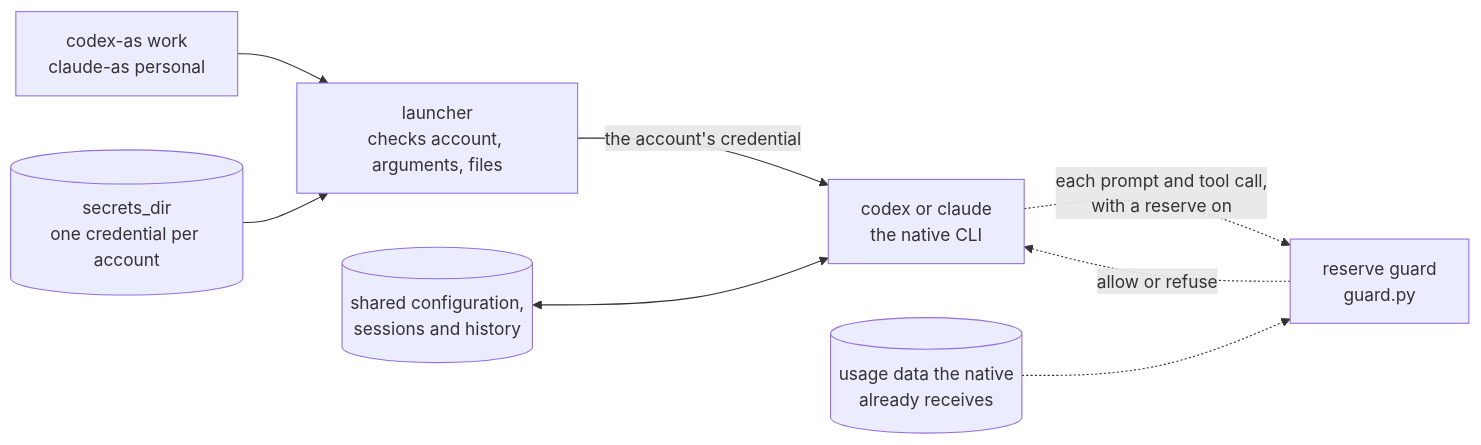
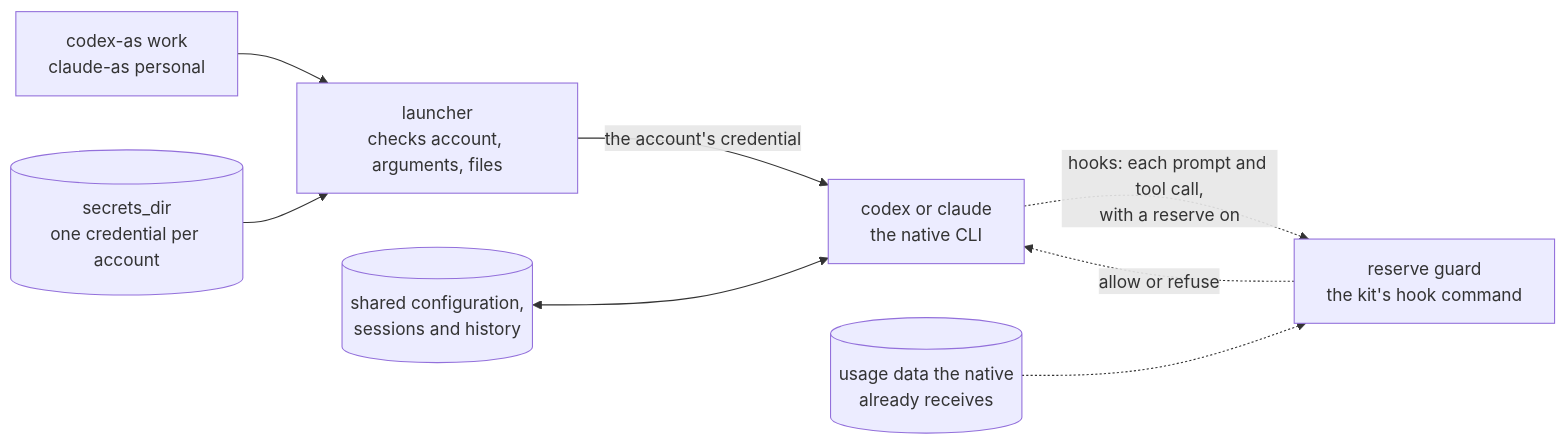
The diagram in README.md (FridrichMethod/coding-agent-kit), drawn with Mermaid before and after one commit. The commit also changed other lines of this file, not shown here.

````diff
--- a/README.md
+++ b/README.md
@@ -50,10 +49,10 @@
 ```mermaid
 flowchart LR
     cmd["codex-as work<br/>claude-as personal"] --> launcher["launcher<br/>checks account, arguments, files"]
     secrets[("secrets_dir<br/>one credential per account")] --> launcher
     launcher -->|"the account's credential"| native["codex or claude<br/>the native CLI"]
     shared[("shared configuration,<br/>sessions and history")] <--> native
-    native -.->|"each prompt and tool call,<br/>with a reserve on"| guard["reserve guard<br/>guard.py"]
+    native -.->|"hooks: each prompt and tool call,<br/>with a reserve on"| guard["reserve guard<br/>the kit's hook command"]
     usage[("usage data the native<br/>already receives")] -.-> guard
     guard -.->|"allow or refuse"| native
 ```
````
